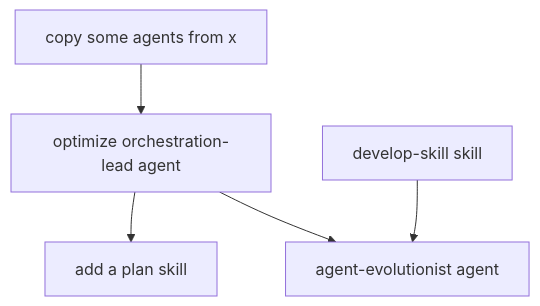
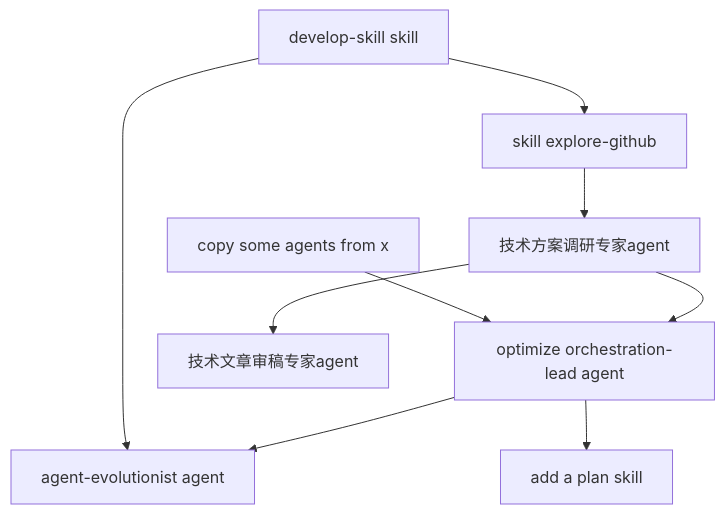
Before and after one commit to YMoose/my-claude-sidekick: the diagram in todos.md, drawn with Mermaid. The commit also changed other lines of this file and 1 other file, not shown here.

Commit message:
update todo

````diff
--- a/todos.md
+++ b/todos.md
@@ -35,13 +48,20 @@
 ```mermaid
 flowchart TD
-    202602251846_0[copy some agents from x]
-    202602251846_1[optimize orchestration-lead agent]
-    202602251846_2[add a plan skill]
-    202602251846_3[develop-skill skill]
-    202602251846_4[agent-evolutionist agent]
+    20260225_0[copy some agents from x]
+    20260225_1[optimize orchestration-lead agent]
+    20260225_2[add a plan skill]
+    20260225_3[develop-skill skill]
+    20260225_4[agent-evolutionist agent]
+    20260225_5[skill explore-github]
+    20260225_6[技术方案调研专家agent]
+    20260225_7[技术文章审稿专家agent]
 
-    202602251846_0 --> 202602251846_1
-    202602251846_1 --> 202602251846_2
-    202602251846_3 --> 202602251846_4
-    202602251846_1 --> 202602251846_4
+    20260225_0 --> 20260225_1
+    20260225_1 --> 20260225_2
+    20260225_3 --> 20260225_4
+    20260225_1 --> 20260225_4
+    20260225_3 --> 20260225_5
+    20260225_6 --> 20260225_1
+    20260225_5 --> 20260225_6
+    20260225_6 --> 20260225_7
 ```
````
